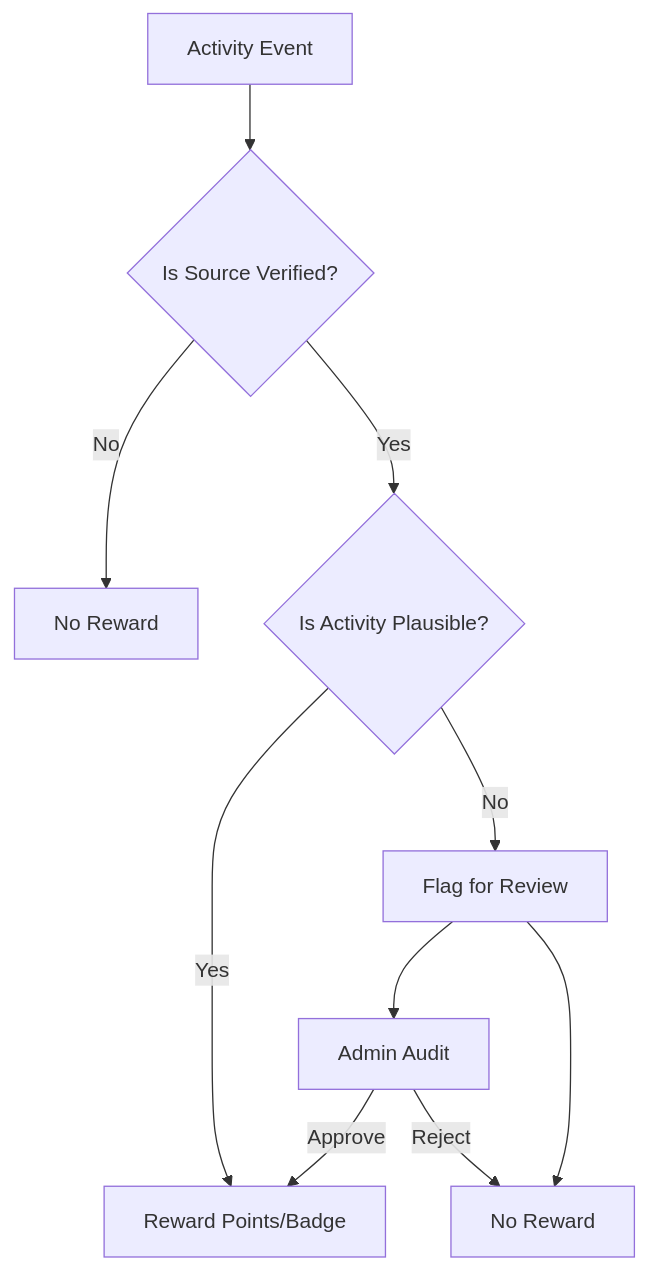
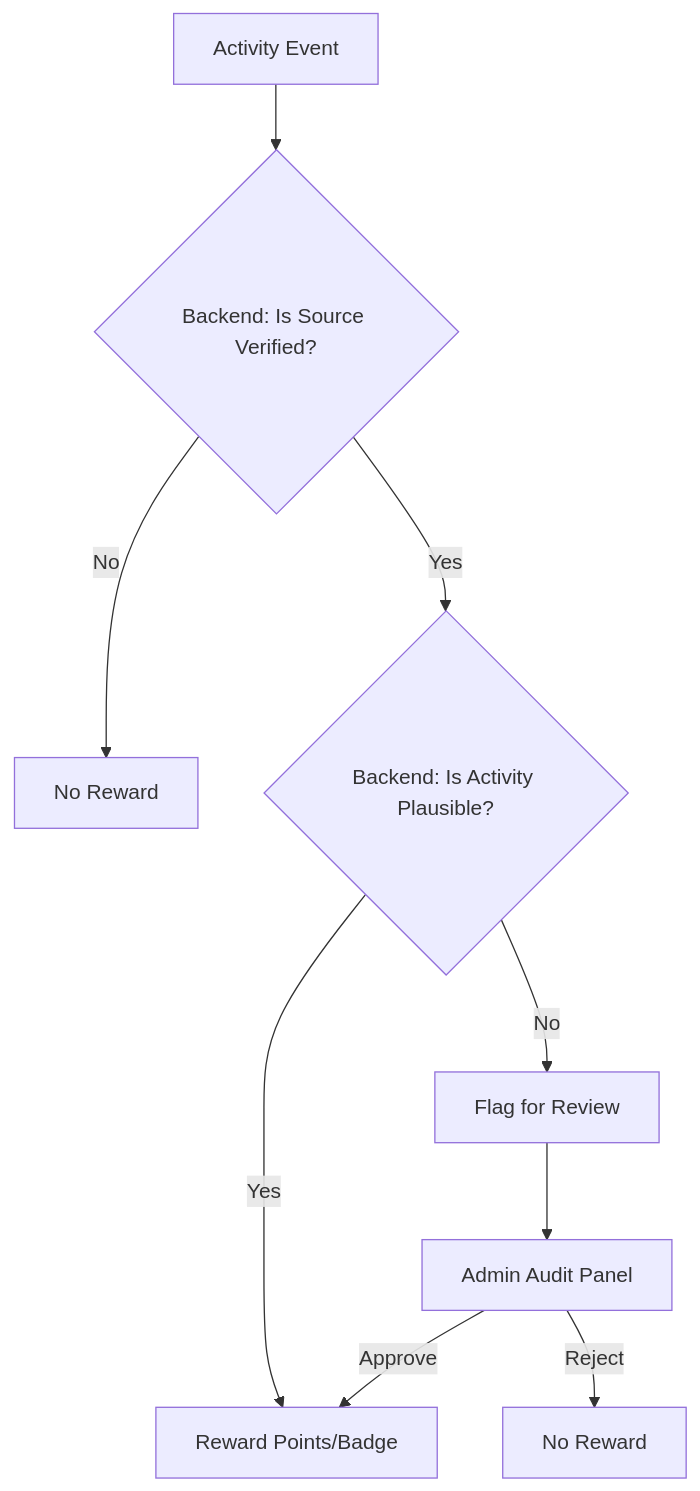
One commit to Binectics-Fitness/binectics-frontend changed the third of 3 diagrams in docs/tech-specs/gamification/gamification-system.md. Above: the diagram before and after it, drawn with Mermaid. The commit also changed other lines of this file and 49 other files, not shown here.

````diff
--- a/docs/tech-specs/gamification/gamification-system.md
+++ b/docs/tech-specs/gamification/gamification-system.md
@@ -188,12 +290,11 @@
 ```mermaid
 flowchart TD
-    A[Activity Event] --> B{Is Source Verified?}
+    A[Activity Event] --> B{Backend: Is Source Verified?}
     B -- No --> C[No Reward]
-    B -- Yes --> D{Is Activity Plausible?}
+    B -- Yes --> D{Backend: Is Activity Plausible?}
     D -- No --> E[Flag for Review]
     D -- Yes --> F[Reward Points/Badge]
-    E --> G[Admin Audit]
+    E --> G[Admin Audit Panel]
     G -- Approve --> F
     G -- Reject --> H[No Reward]
-    E --> H
 ```
````
